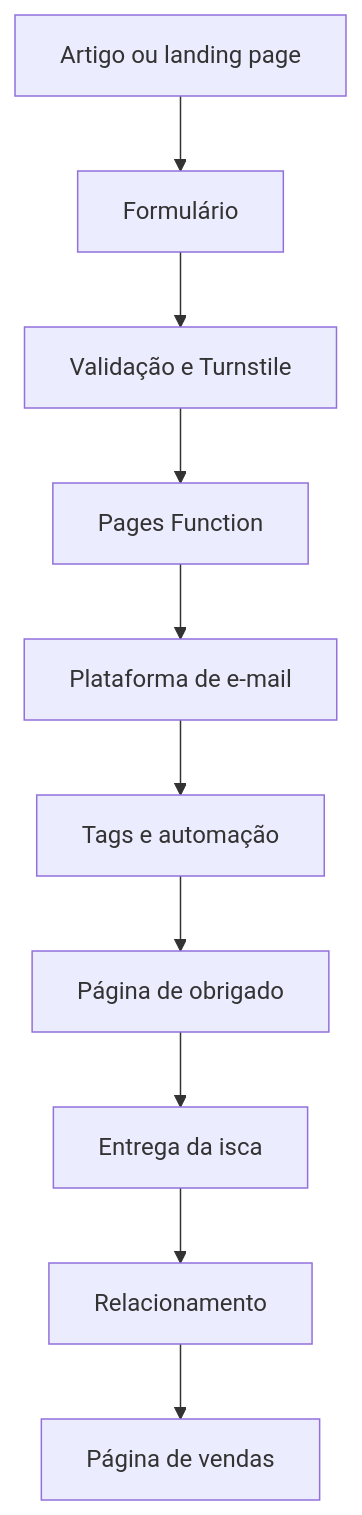
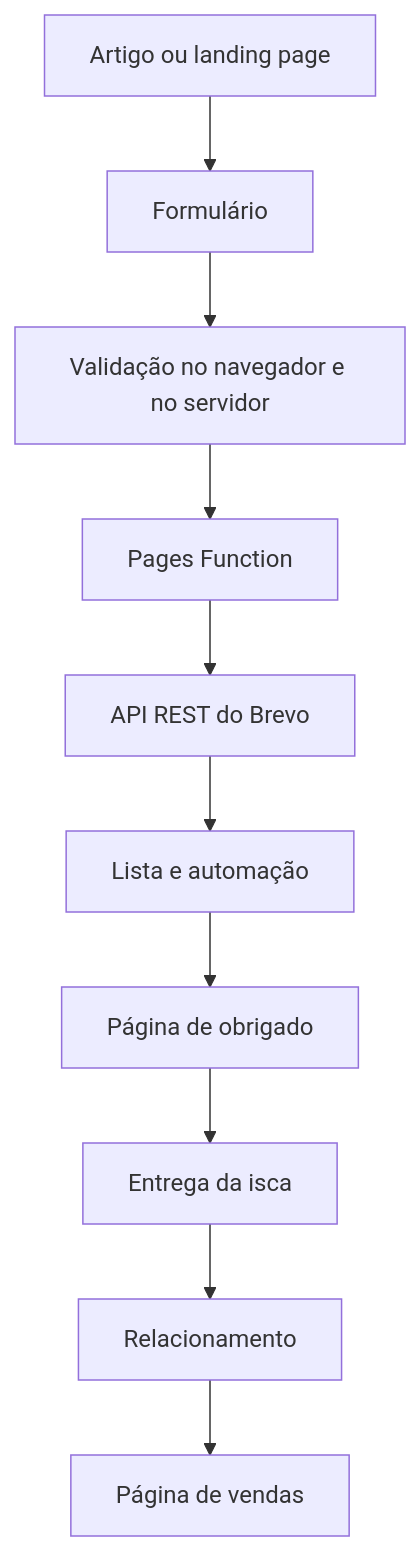
One commit to thaiglisson/escoladepaisonline changed the second of 2 diagrams in docs/Documentacao_Projeto_Escola_de_Pais_Online.md. Above: the diagram before and after it, drawn with Mermaid. The commit also changed other lines of this file and 2 other files, not shown here.

````diff
--- a/docs/Documentacao_Projeto_Escola_de_Pais_Online.md
+++ b/docs/Documentacao_Projeto_Escola_de_Pais_Online.md
@@ -533,12 +537,12 @@
 ```mermaid
 flowchart TD
     A[Artigo ou landing page] --> B[Formulário]
-    B --> C[Validação e Turnstile]
+    B --> C[Validação no navegador e no servidor]
     C --> D[Pages Function]
-    D --> E[Plataforma de e-mail]
-    E --> F[Tags e automação]
+    D --> E[API REST do Brevo]
+    E --> F[Lista e automação]
     F --> G[Página de obrigado]
     G --> H[Entrega da isca]
     H --> I[Relacionamento]
     I --> J[Página de vendas]
 ```
````
